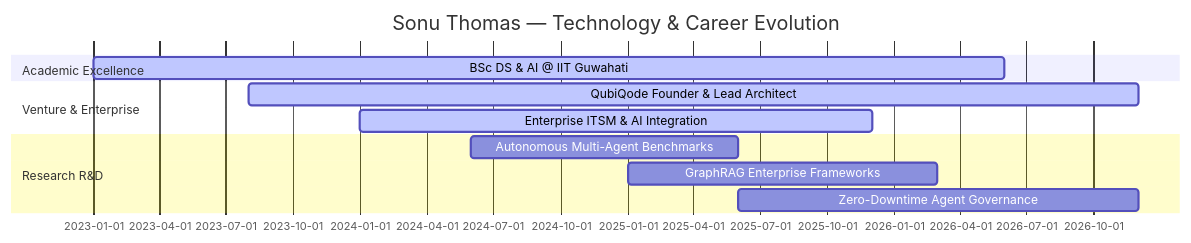
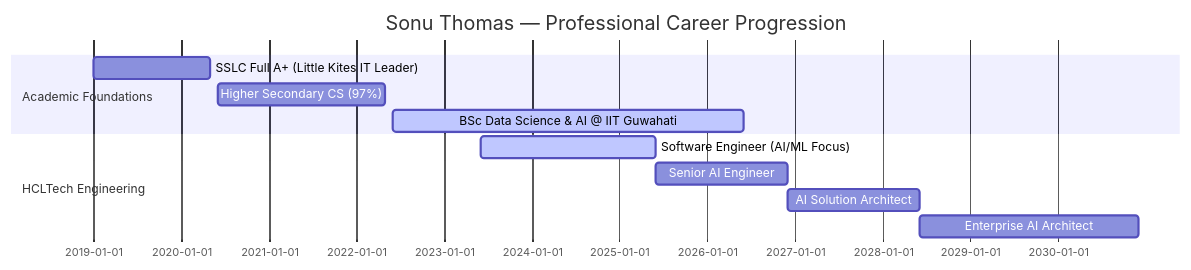
One commit to Sonu-Thomas-001/Sonu-Thomas-001 changed the fourth of 4 diagrams in README.md. Above: the diagram before and after it, drawn with Mermaid. The commit also changed other lines of this file, not shown here.

Commit message:
docs: update profile README with authentic HCLTech, IIT Guwahati, and Enterprise AI background

````diff
--- a/README.md
+++ b/README.md
@@ -323,14 +308,14 @@
 ```mermaid
 gantt
-    title Sonu Thomas — Technology & Career Evolution
+    title Sonu Thomas — Professional Career Progression
     dateFormat  YYYY-MM
-    section Academic Excellence
-    BSc DS & AI @ IIT Guwahati       :active, 2023-01, 2026-06
-    section Venture & Enterprise
-    QubiQode Founder & Lead Architect:active, 2023-08, 2026-12
-    Enterprise ITSM & AI Integration  :active, 2024-01, 2025-12
-    section Research R&D
-    Autonomous Multi-Agent Benchmarks:2024-06, 2025-06
-    GraphRAG Enterprise Frameworks   :2025-01, 2026-03
-    Zero-Downtime Agent Governance   :2025-06, 2026-12
+    section Academic Foundations
+    SSLC Full A+ (Little Kites IT Leader) :2019-01, 2020-05
+    Higher Secondary CS (97%)          :2020-06, 2022-05
+    BSc Data Science & AI @ IIT Guwahati:active, 2022-06, 2026-06
+    section HCLTech Engineering
+    Software Engineer (AI/ML Focus)    :active, 2023-06, 2025-06
+    Senior AI Engineer                 :2025-06, 2026-12
+    AI Solution Architect              :2026-12, 2028-06
+    Enterprise AI Architect            :2028-06, 2030-12
 ```
````
